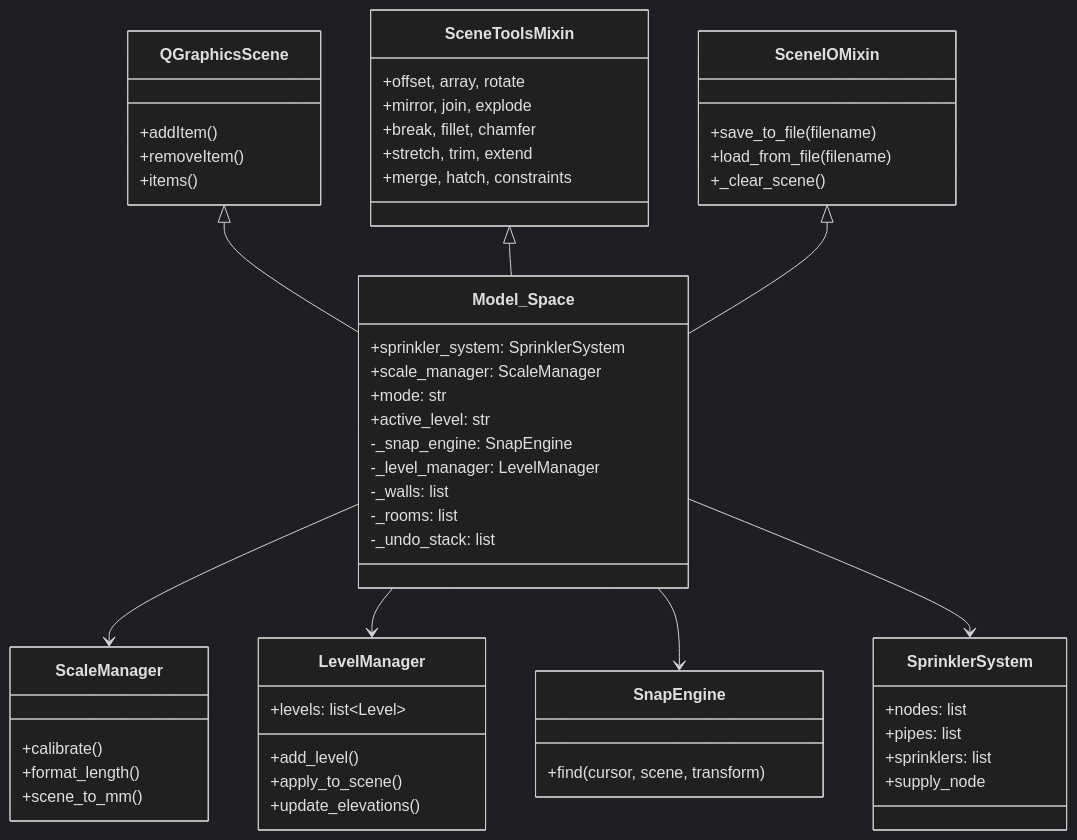
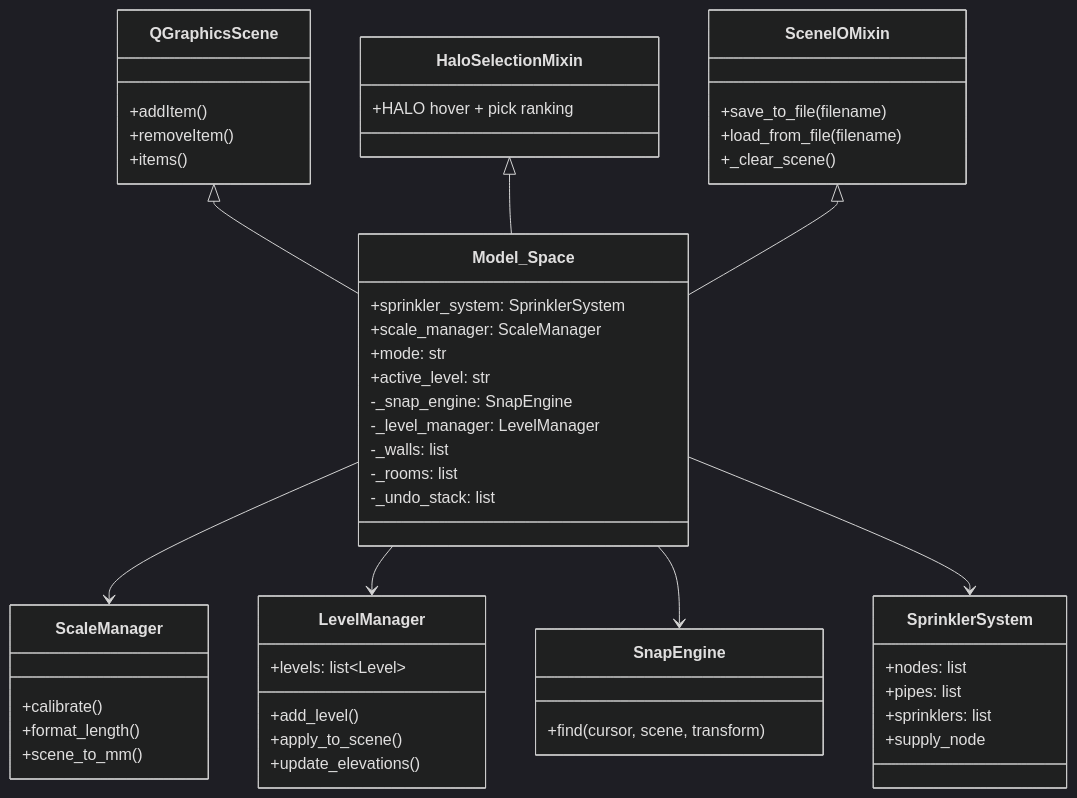
The diagram in docs/architecture/overview.md (giannivulcano/FirePro-3D), drawn with Mermaid (dark theme) before and after one commit. The commit also changed other lines of this file and 12 other files, not shown here.

First line of the commit message:
docs: doc-drift batch — retired-class refs, levels model, architecture pages

````diff
--- a/docs/architecture/overview.md
+++ b/docs/architecture/overview.md
@@ -94,67 +93,63 @@
 ```mermaid
 classDiagram
     class QGraphicsScene {
         +addItem()
         +removeItem()
         +items()
     }
 
-    class SceneToolsMixin {
-        +offset, array, rotate
-        +mirror, join, explode
-        +break, fillet, chamfer
-        +stretch, trim, extend
-        +merge, hatch, constraints
+    class HaloSelectionMixin {
+        +HALO hover + pick ranking
     }
 
     class SceneIOMixin {
         +save_to_file(filename)
         +load_from_file(filename)
         +_clear_scene()
     }
 
     class Model_Space {
         +sprinkler_system: SprinklerSystem
         +scale_manager: ScaleManager
         +mode: str
         +active_level: str
         -_snap_engine: SnapEngine
         -_level_manager: LevelManager
         -_walls: list
         -_rooms: list
         -_undo_stack: list
     }
 
     class ScaleManager {
         +calibrate()
         +format_length()
         +scene_to_mm()
     }
 
     class LevelManager {
         +levels: list~Level~
         +add_level()
         +apply_to_scene()
         +update_elevations()
     }
 
     class SnapEngine {
         +find(cursor, scene, transform)
     }
 
     class SprinklerSystem {
         +nodes: list
         +pipes: list
         +sprinklers: list
         +supply_node
     }
 
     QGraphicsScene <|-- Model_Space
-    SceneToolsMixin <|-- Model_Space
+    HaloSelectionMixin <|-- Model_Space
     SceneIOMixin <|-- Model_Space
 
     Model_Space --> ScaleManager
     Model_Space --> LevelManager
     Model_Space --> SnapEngine
     Model_Space --> SprinklerSystem
 ```
````
